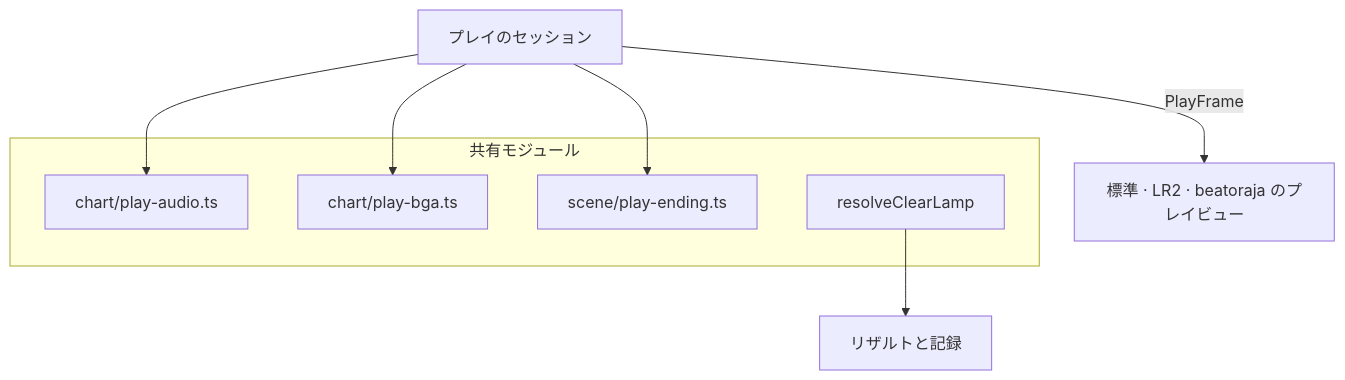
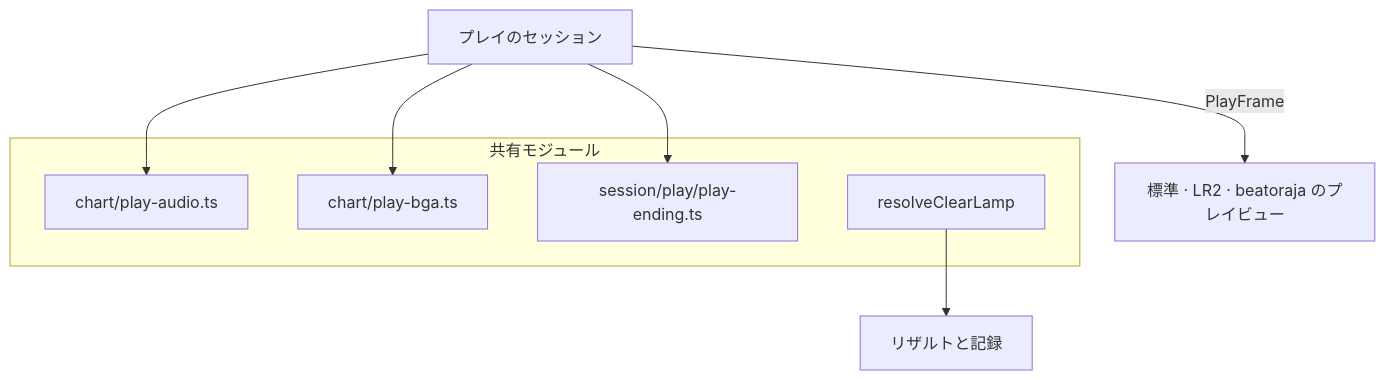
The fifth of 12 diagrams in docs/player-web.ja.md (nulltask/be-music), drawn with Mermaid before and after one commit. The commit also changed other lines of this file and 5 other files, not shown here.

````diff
--- a/docs/player-web.ja.md
+++ b/docs/player-web.ja.md
@@ -317,15 +317,15 @@
 ```mermaid
 flowchart TD
   views["標準 · LR2 · beatoraja のプレイビュー"]
   session[プレイのセッション] -->|PlayFrame| views
   subgraph shared [共有モジュール]
     audio[chart/play-audio.ts]
     bga[chart/play-bga.ts]
-    ending[scene/play-ending.ts]
+    ending[session/play/play-ending.ts]
     lamp[resolveClearLamp]
   end
   session --> audio
   session --> bga
   session --> ending
   lamp --> results[リザルトと記録]
 ```
````
